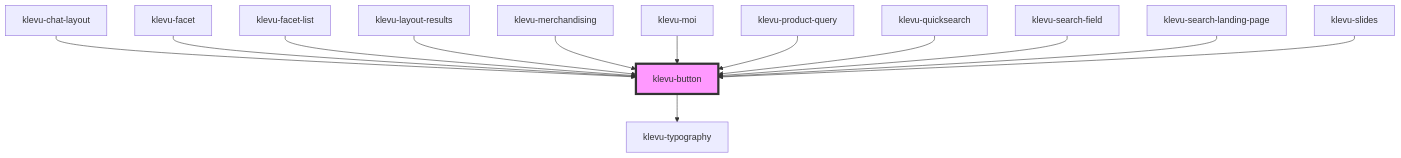
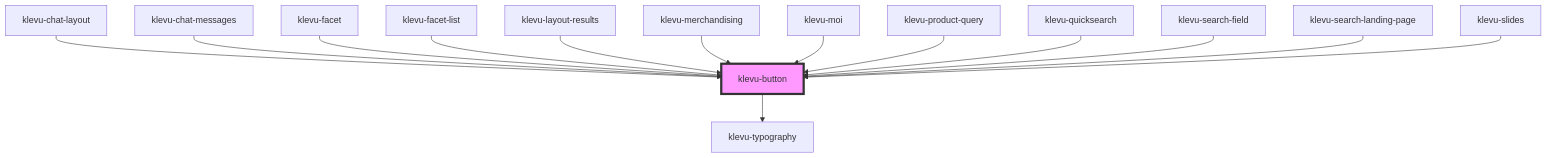
One commit to klevultd/frontend-sdk changed the diagram in packages/klevu-ui/src/components/klevu-button/readme.md. Above: the diagram before and after it, drawn with Mermaid. The commit also changed other lines of this file and 21 other files, not shown here.

````diff
--- a/packages/klevu-ui/src/components/klevu-button/readme.md
+++ b/packages/klevu-ui/src/components/klevu-button/readme.md
@@ -57,16 +58,17 @@
 ```mermaid
 graph TD;
   klevu-button --> klevu-typography
   klevu-chat-layout --> klevu-button
+  klevu-chat-messages --> klevu-button
   klevu-facet --> klevu-button
   klevu-facet-list --> klevu-button
   klevu-layout-results --> klevu-button
   klevu-merchandising --> klevu-button
   klevu-moi --> klevu-button
   klevu-product-query --> klevu-button
   klevu-quicksearch --> klevu-button
   klevu-search-field --> klevu-button
   klevu-search-landing-page --> klevu-button
   klevu-slides --> klevu-button
   style klevu-button fill:#f9f,stroke:#333,stroke-width:4px
 ```
````
